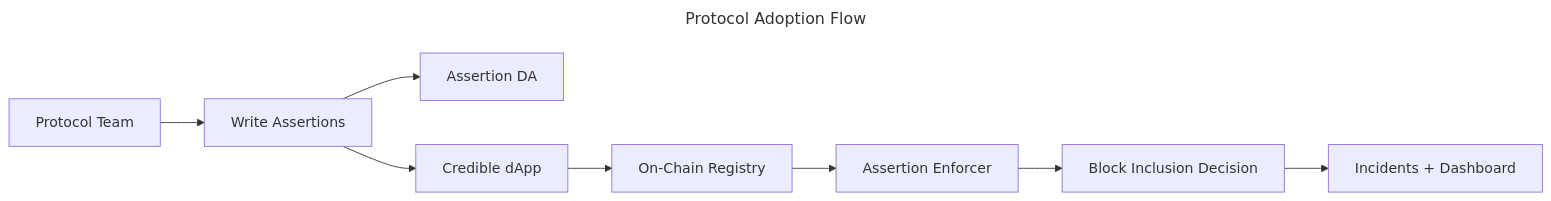
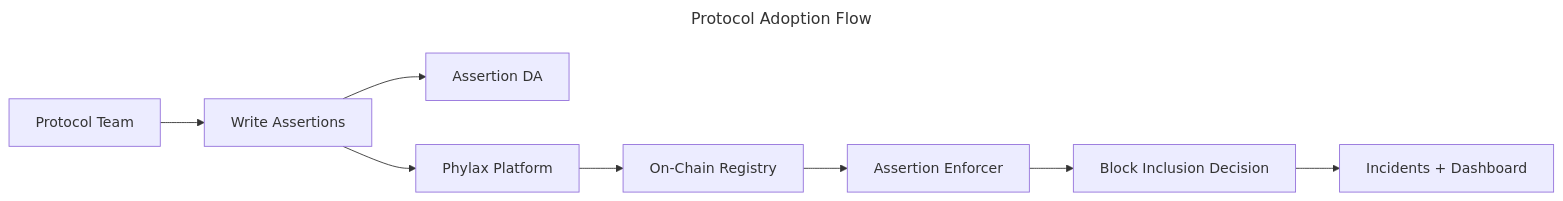
Before and after one commit to phylaxsystems/phylax-docs: the diagram in credible/dapp-integration.mdx, drawn with Mermaid. The commit also changed other lines of this file and 74 other files, not shown here.

````diff
--- a/credible/dapp-integration.mdx
+++ b/credible/dapp-integration.mdx
@@ -19,13 +24,13 @@
 ```mermaid
 ---
 title: Protocol Adoption Flow
 ---
 flowchart LR
   Dev[Protocol Team] --> Assertion[Write Assertions]
   Assertion --> DA[Assertion DA]
-  Assertion --> Dapp[Credible dApp]
+  Assertion --> Dapp[Phylax Platform]
   Dapp --> Registry[On-Chain Registry]
   Registry --> Enforcer[Assertion Enforcer]
   Enforcer --> Outcome[Block Inclusion Decision]
   Outcome --> Incidents[Incidents + Dashboard]
 ```
````
